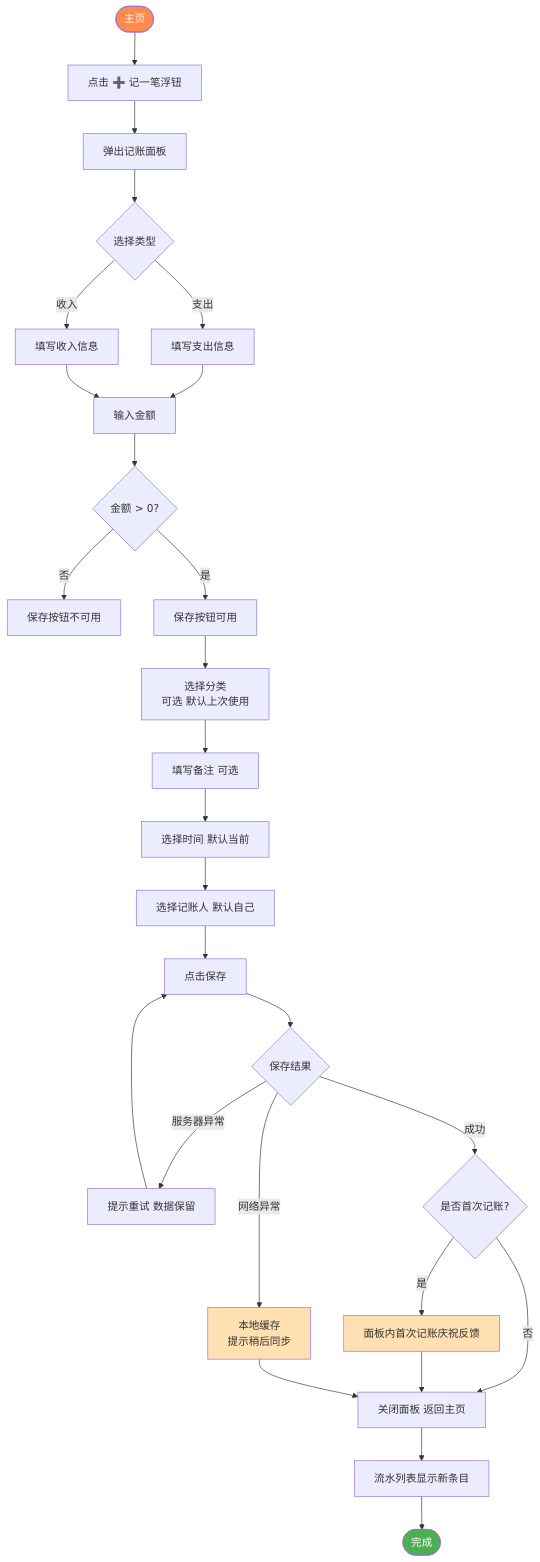
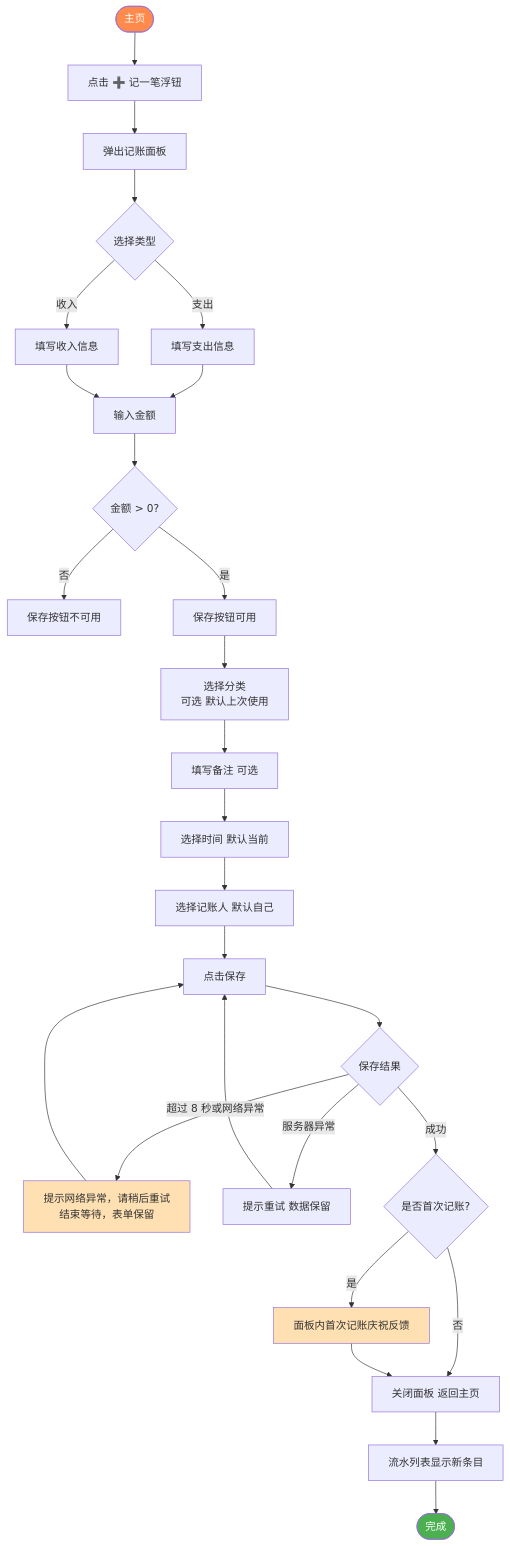
One commit to raochen0000/HomeBook changed the second of 16 diagrams in docs/PRD.md. Above: the diagram before and after it, drawn with Mermaid. The commit also changed other lines of this file and 10 other files, not shown here.

````diff
--- a/docs/PRD.md
+++ b/docs/PRD.md
@@ -201,43 +201,43 @@
 ```mermaid
 flowchart TD
     A([主页]) --> B[点击 ➕ 记一笔浮钮]
     B --> C[弹出记账面板]
 
     C --> D{选择类型}
     D -- 支出 --> F[填写支出信息]
     D -- 收入 --> F2[填写收入信息]
 
     F --> G[输入金额]
     F2 --> G
 
     G --> H{金额 > 0?}
     H -- 否 --> H1[保存按钮不可用]
     H -- 是 --> I[保存按钮可用]
 
     I --> J[选择分类<br/>可选 默认上次使用]
     J --> L[填写备注 可选]
     L --> M[选择时间 默认当前]
     M --> N[选择记账人 默认自己]
 
     N --> O[点击保存]
     O --> P{保存结果}
 
-    P -- 网络异常 --> P1[本地缓存<br/>提示稍后同步]
+    P -- 超过 8 秒或网络异常 --> P1[提示网络异常，请稍后重试<br/>结束等待，表单保留]
     P -- 服务器异常 --> P2[提示重试 数据保留]
     P -- 成功 --> S{是否首次记账?}
 
     S -- 是 --> S1[面板内首次记账庆祝反馈]
     S -- 否 --> Q[关闭面板 返回主页]
     S1 --> Q
 
-    P1 --> Q
+    P1 --> O
     P2 --> O
 
     Q --> R[流水列表显示新条目]
     R --> Z([完成])
 
     style A fill:#FF8A4C,color:#fff
     style Z fill:#4CAF50,color:#fff
     style P1 fill:#FFE0B2
     style S1 fill:#FFE0B2
 ```
````
